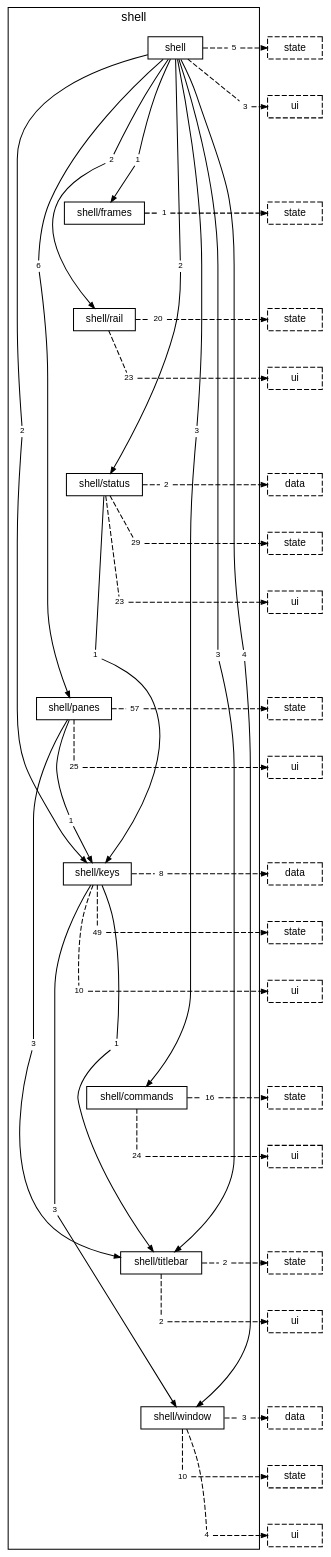
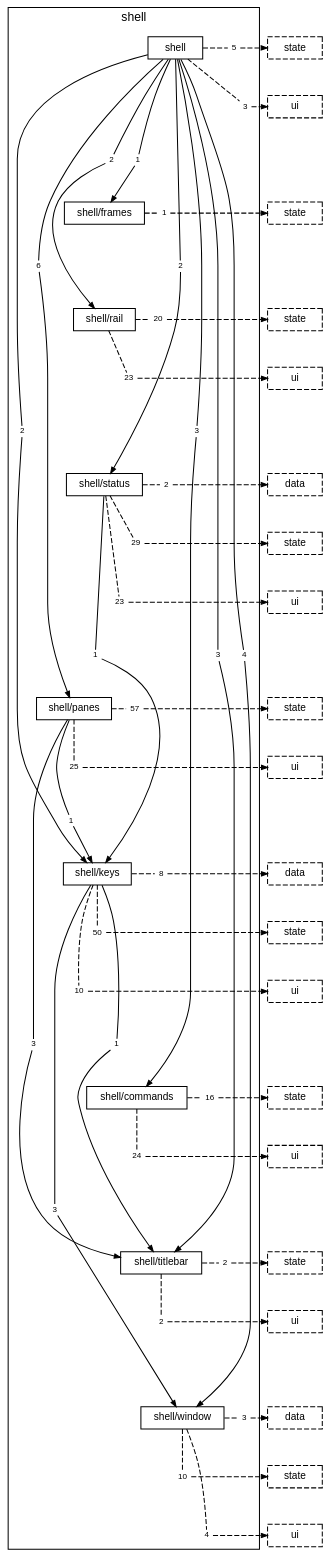
Before and after one commit to TheAxeC/oculus: the diagram in docs/diagrams/layer-shell.dot, drawn with Graphviz. The commit also changed 44 other files, not shown here.

```diff
--- a/docs/diagrams/layer-shell.dot
+++ b/docs/diagrams/layer-shell.dot
@@ -37,7 +37,7 @@
         "folder shell/keys to folder shell/titlebar" [label="1", shape=box, color="transparent", fontsize=8, width=0, height=0, margin="0.04,0.02"];
         "folder shell/keys to folder shell/window" [label="3", shape=box, color="transparent", fontsize=8, width=0, height=0, margin="0.04,0.02"];
         "folder shell/keys to layer data" [label="8", shape=box, color="transparent", fontsize=8, width=0, height=0, margin="0.04,0.02"];
-        "folder shell/keys to layer state" [label="49", shape=box, color="transparent", fontsize=8, width=0, height=0, margin="0.04,0.02"];
+        "folder shell/keys to layer state" [label="50", shape=box, color="transparent", fontsize=8, width=0, height=0, margin="0.04,0.02"];
         "folder shell/keys to layer ui" [label="10", shape=box, color="transparent", fontsize=8, width=0, height=0, margin="0.04,0.02"];
         "folder shell/commands to layer state" [label="16", shape=box, color="transparent", fontsize=8, width=0, height=0, margin="0.04,0.02"];
         "folder shell/commands to layer ui" [label="24", shape=box, color="transparent", fontsize=8, width=0, height=0, margin="0.04,0.02"];
```
